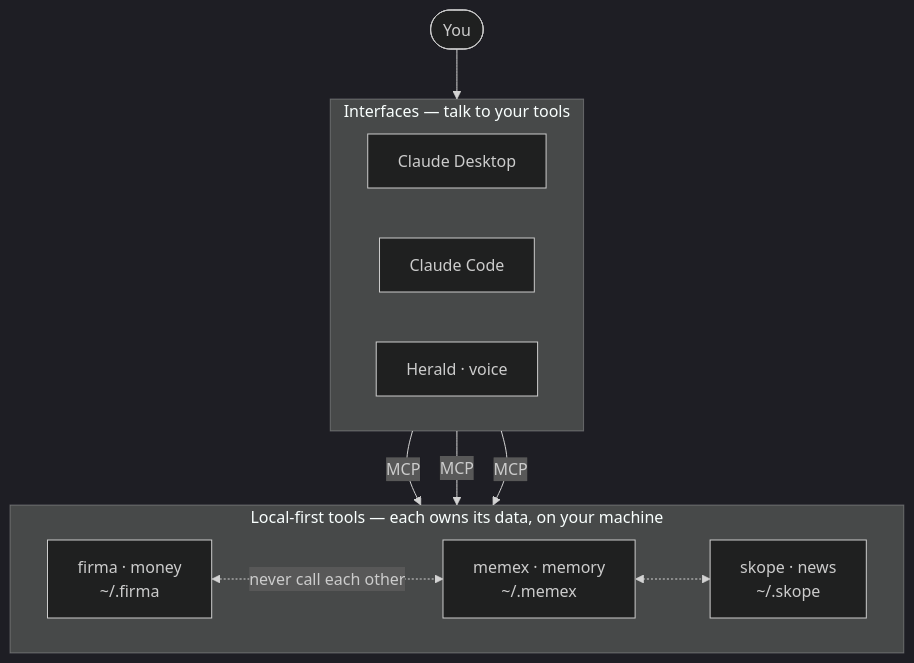
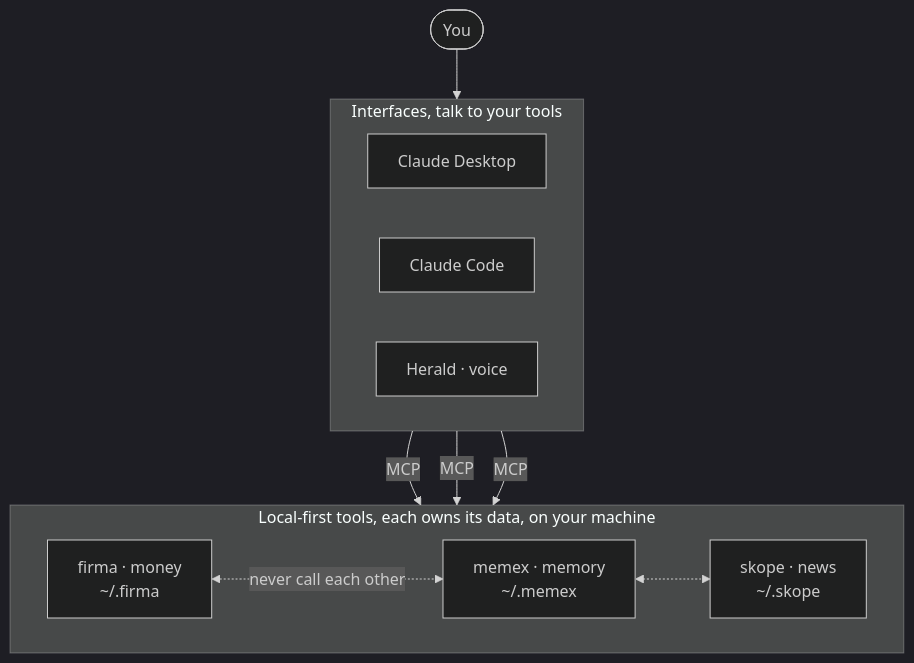
One commit to evan-moon/memex changed the diagram in README.md. Above: the diagram before and after it, drawn with Mermaid (dark theme). The commit also changed other lines of this file and 20 other files, not shown here.

````diff
--- a/README.md
+++ b/README.md
@@ -287,20 +287,20 @@
 ```mermaid
 flowchart TB
     U([You])
-    subgraph I["Interfaces — talk to your tools"]
+    subgraph I["Interfaces, talk to your tools"]
         direction LR
         CD[Claude Desktop]
         CC[Claude Code]
         H["Herald · voice"]
     end
-    subgraph T["Local-first tools — each owns its data, on your machine"]
+    subgraph T["Local-first tools, each owns its data, on your machine"]
         direction LR
         F["firma · money<br/>~/.firma"]
         M["memex · memory<br/>~/.memex"]
         S["skope · news<br/>~/.skope"]
     end
     U --> I
     I -- MCP --> F & M & S
     F <-. never call each other .-> M
     M <-.-> S
 ```
````
